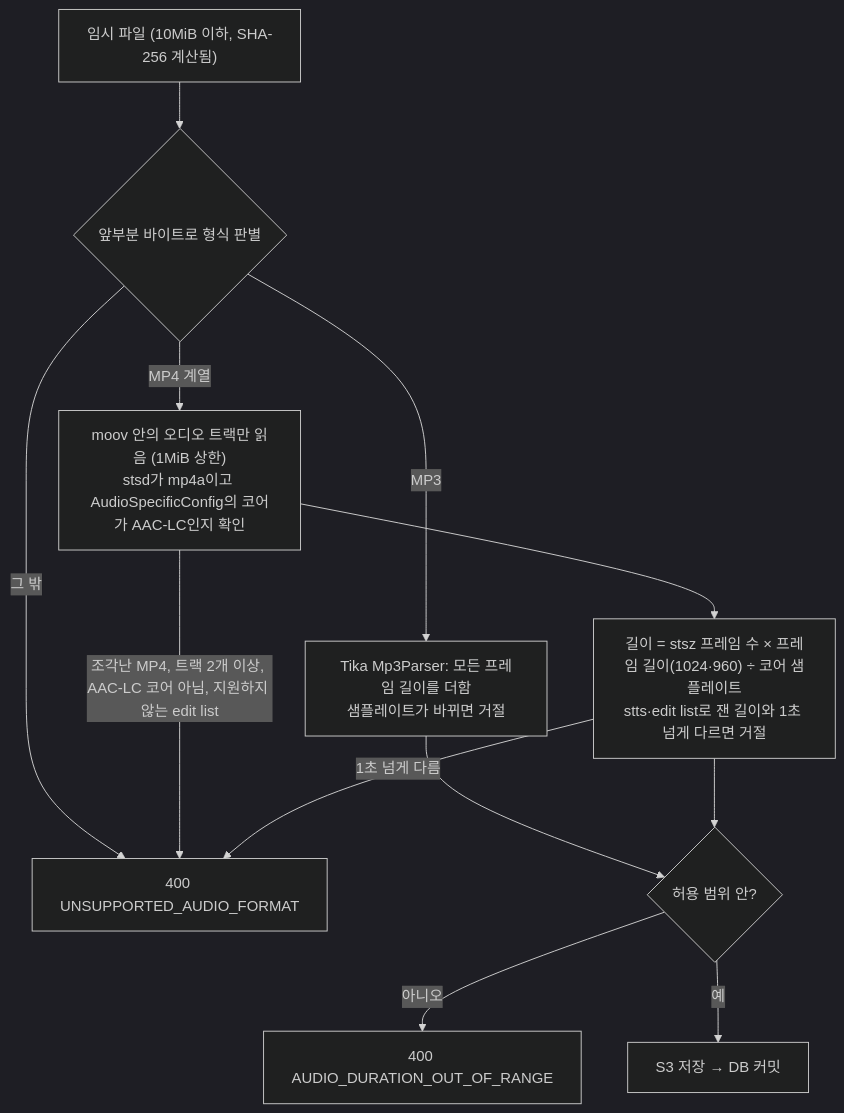
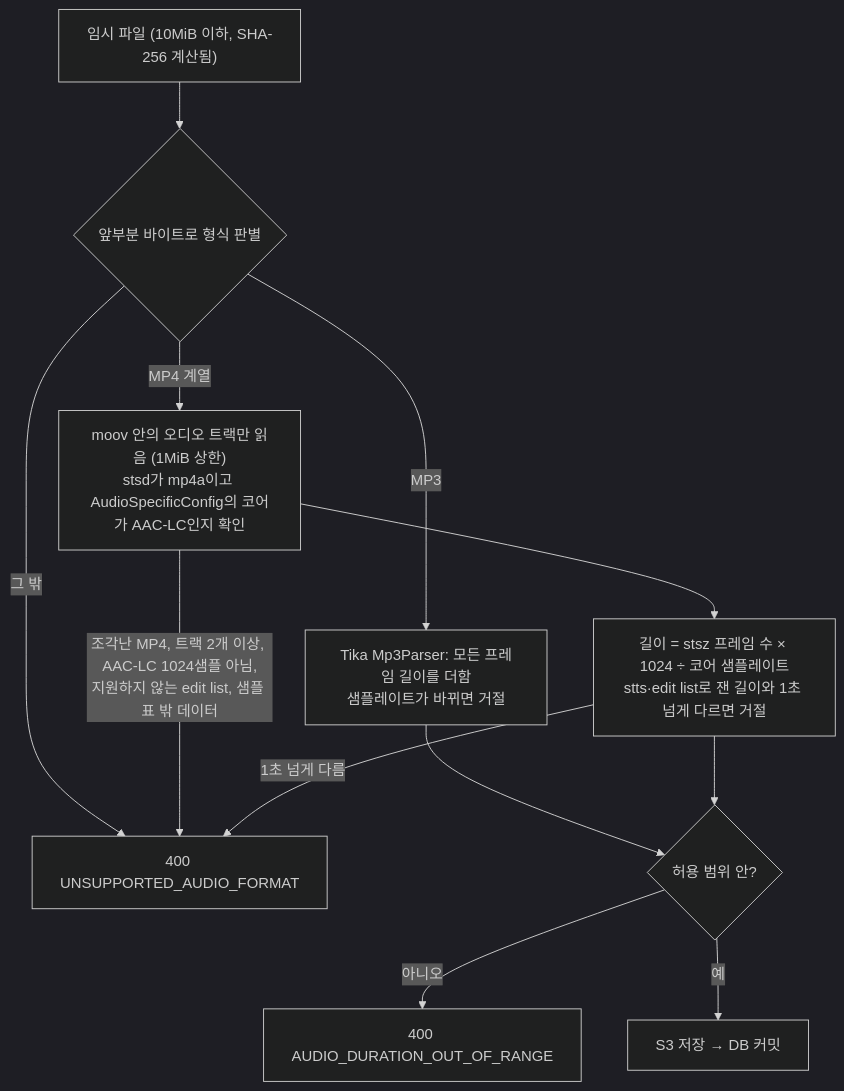
The diagram in docs/adr/music_upload/00_music_upload_validation.md (nsuCapstoneTeam/NSU_CAPSTONE), drawn with Mermaid (dark theme) before and after one commit. The commit also changed other lines of this file and 1 other file, not shown here.

First line of the commit message:
docs: M4A 숨긴 데이터·보증 문구 버전·960샘플 규칙 보완

````diff
--- a/docs/adr/music_upload/00_music_upload_validation.md
+++ b/docs/adr/music_upload/00_music_upload_validation.md
@@ -26,14 +26,14 @@
 ```mermaid
 flowchart TD
     F["임시 파일 (10MiB 이하, SHA-256 계산됨)"] --> DET{"앞부분 바이트로 형식 판별"}
     DET -- "MP3" --> MP3["Tika Mp3Parser: 모든 프레임 길이를 더함<br/>샘플레이트가 바뀌면 거절"]
     DET -- "MP4 계열" --> MP4["moov 안의 오디오 트랙만 읽음 (1MiB 상한)<br/>stsd가 mp4a이고 AudioSpecificConfig의 코어가 AAC-LC인지 확인"]
     DET -- "그 밖" --> REJ1["400 UNSUPPORTED_AUDIO_FORMAT"]
-    MP4 -- "조각난 MP4, 트랙 2개 이상, AAC-LC 코어 아님, 지원하지 않는 edit list" --> REJ1
-    MP4 --> CNT["길이 = stsz 프레임 수 × 프레임 길이(1024·960) ÷ 코어 샘플레이트<br/>stts·edit list로 잰 길이와 1초 넘게 다르면 거절"]
+    MP4 -- "조각난 MP4, 트랙 2개 이상, AAC-LC 1024샘플 아님,<br/>지원하지 않는 edit list, 샘플 표 밖 데이터" --> REJ1
+    MP4 --> CNT["길이 = stsz 프레임 수 × 1024 ÷ 코어 샘플레이트<br/>stts·edit list로 잰 길이와 1초 넘게 다르면 거절"]
     CNT -- "1초 넘게 다름" --> REJ1
     MP3 --> RNG{"허용 범위 안?"}
     CNT --> RNG
     RNG -- "아니오" --> REJ2["400 AUDIO_DURATION_OUT_OF_RANGE"]
     RNG -- "예" --> OK["S3 저장 → DB 커밋"]
 ```
````
